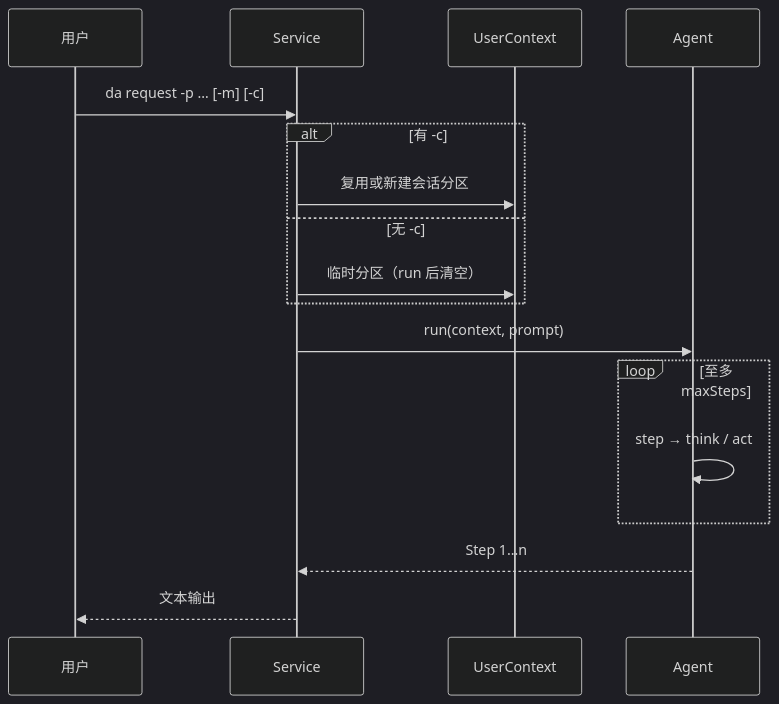
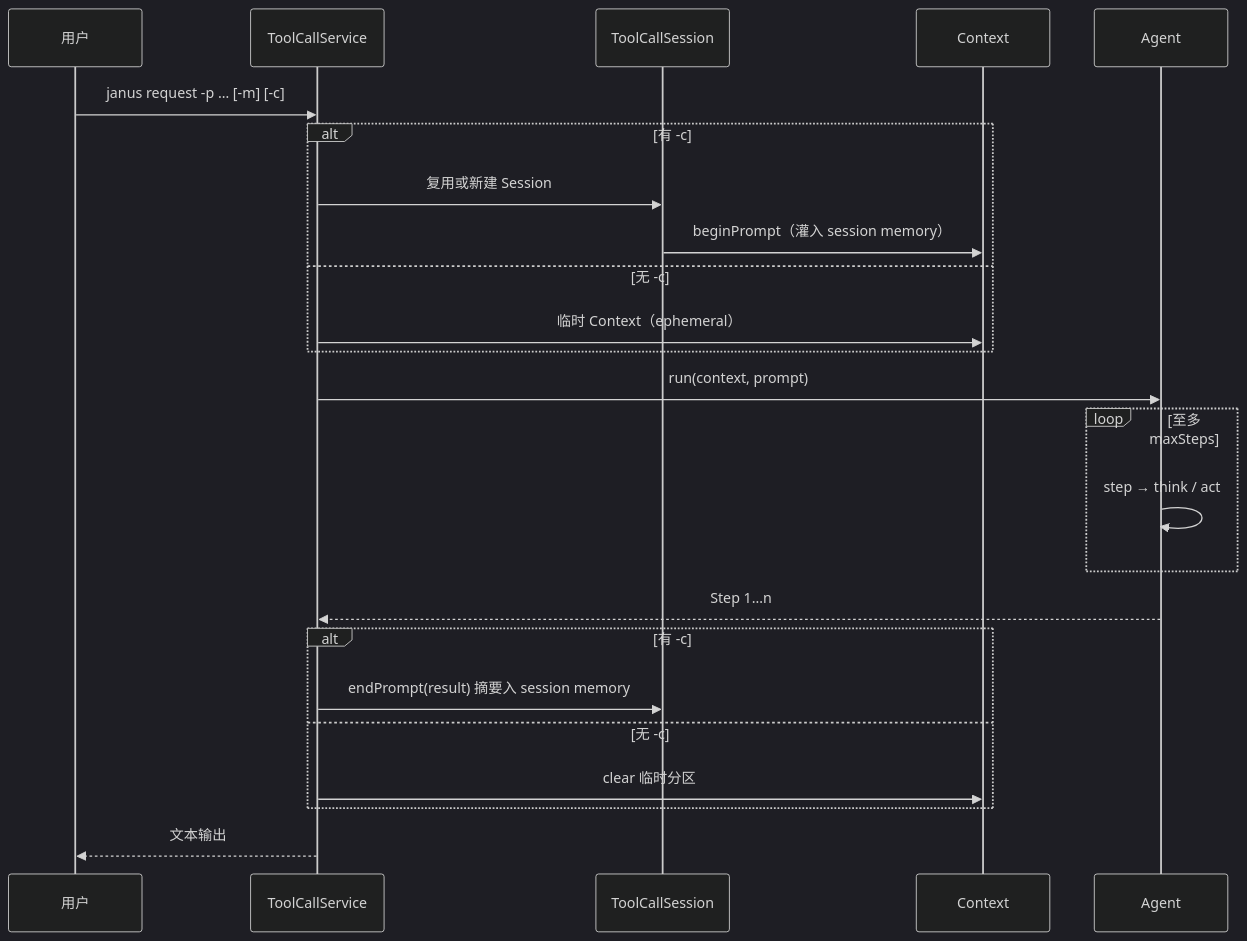
One commit to jixie-wish/Janus changed the diagram in shell/docs/SHELL.md. Above: the diagram before and after it, drawn with Mermaid (dark theme). The commit also changed other lines of this file and 26 other files, not shown here.

Commit message:
support both session and context

````diff
--- a/shell/docs/SHELL.md
+++ b/shell/docs/SHELL.md
@@ -54,20 +54,27 @@
 ```mermaid
 sequenceDiagram
     participant U as 用户
-    participant SVC as Service
-    participant CTX as UserContext
+    participant SVC as ToolCallService
+    participant SES as ToolCallSession
+    participant CTX as Context
     participant AG as Agent
 
-    U->>SVC: da request -p … [-m] [-c]
+    U->>SVC: janus request -p … [-m] [-c]
     alt 有 -c
-        SVC->>CTX: 复用或新建会话分区
+        SVC->>SES: 复用或新建 Session
+        SES->>CTX: beginPrompt（灌入 session memory）
     else 无 -c
-        SVC->>CTX: 临时分区（run 后清空）
+        SVC->>CTX: 临时 Context（ephemeral）
     end
     SVC->>AG: run(context, prompt)
     loop 至多 maxSteps
         AG->>AG: step → think / act
     end
     AG-->>SVC: Step 1…n
+    alt 有 -c
+        SVC->>SES: endPrompt(result) 摘要入 session memory
+    else 无 -c
+        SVC->>CTX: clear 临时分区
+    end
     SVC-->>U: 文本输出
 ```
````
